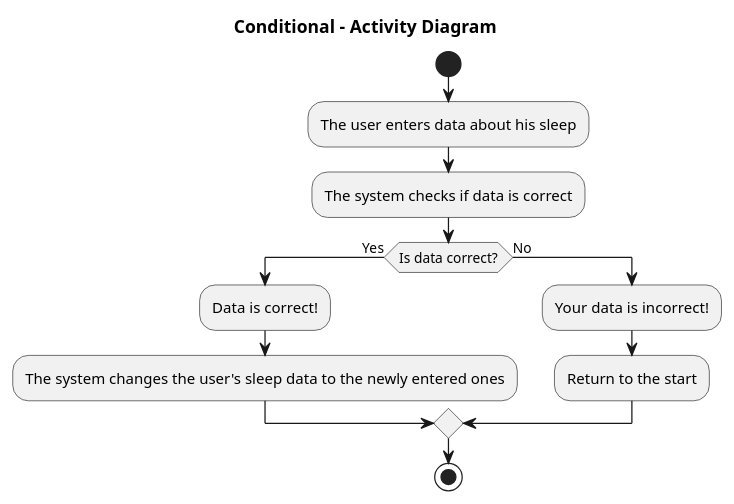
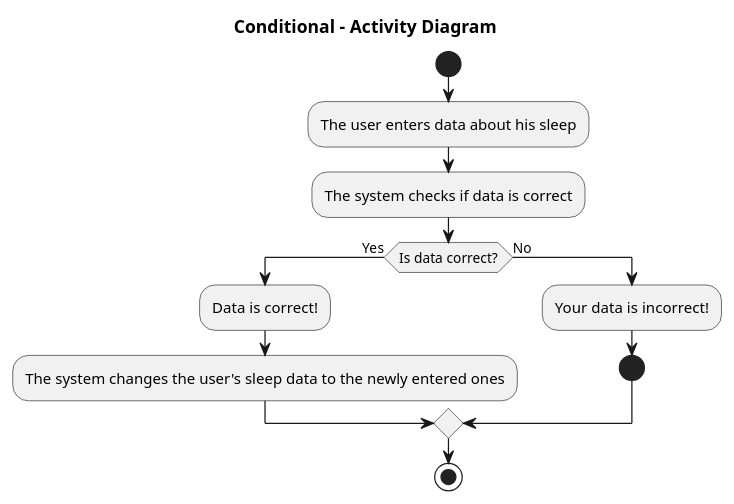
One commit to oleksandrblazhko/eai205-boychuk changed the diagram in 2-SoftwareDesign/2.7-PlantUML/UML-Activity.puml. Above: the diagram before and after it, drawn with PlantUML.

```diff
--- a/2-SoftwareDesign/2.7-PlantUML/UML-Activity.puml
+++ b/2-SoftwareDesign/2.7-PlantUML/UML-Activity.puml
@@ -1,21 +1,21 @@
 @startuml
 
 title Conditional - Activity Diagram 
 
 start
 
 :The user enters data about his sleep;
 :The system checks if data is correct;
 
 if (Is data correct?) then (Yes)
   :Data is correct!;
   :The system changes the user's sleep data to the newly entered ones;
 else (No)
   :Your data is incorrect!;
-  :Return to the start;
+  start
 endif
 
 
 stop
 
 @enduml
```
